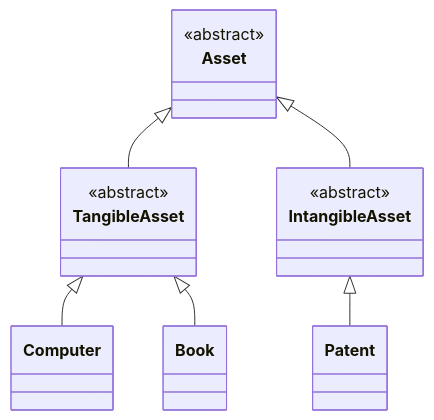
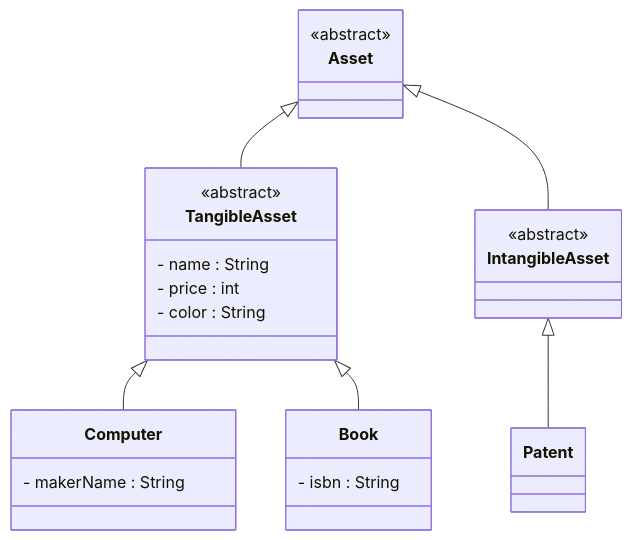
Before and after one commit to SurvivalCodingCampus/gangnam3-java-oop: the diagram in docs/Day08AssetDiagram.md, drawn with Mermaid. The commit also changed 3 other files, not shown here.

````diff
--- a/docs/Day08AssetDiagram.md
+++ b/docs/Day08AssetDiagram.md
@@ -1,35 +1,38 @@
 ```mermaid
 classDiagram
 
     class Asset {
         <<abstract>>
     }
     
     class TangibleAsset {
         <<abstract>>
+        - name : String
+        - price : int
+        - color : String
     }
         
     class Computer {
-        
+        - makerName : String
     }
     
     class Book {
-        
+        - isbn : String
     }
     
     class IntangibleAsset {
         <<abstract>>
     }
     
     class Patent {
         
     }
 
     Asset <|-- TangibleAsset
     Asset <|-- IntangibleAsset 
     IntangibleAsset <|-- Patent 
     TangibleAsset <|-- Computer 
     TangibleAsset <|-- Book 
     
 
 ```
````
